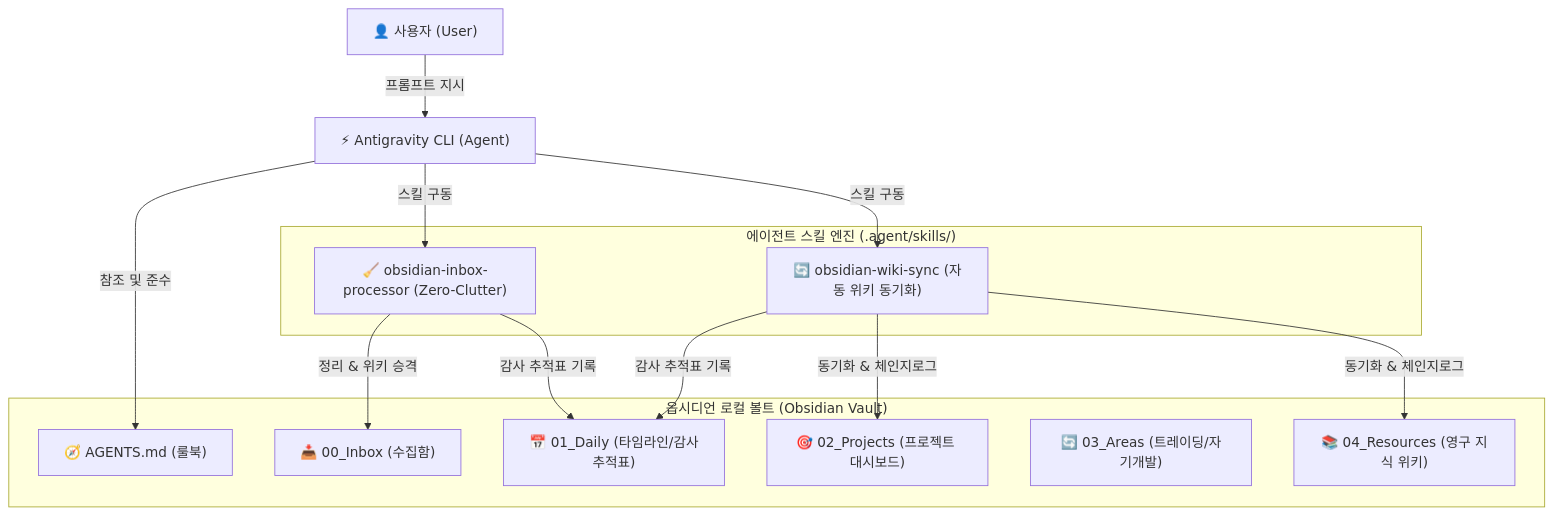
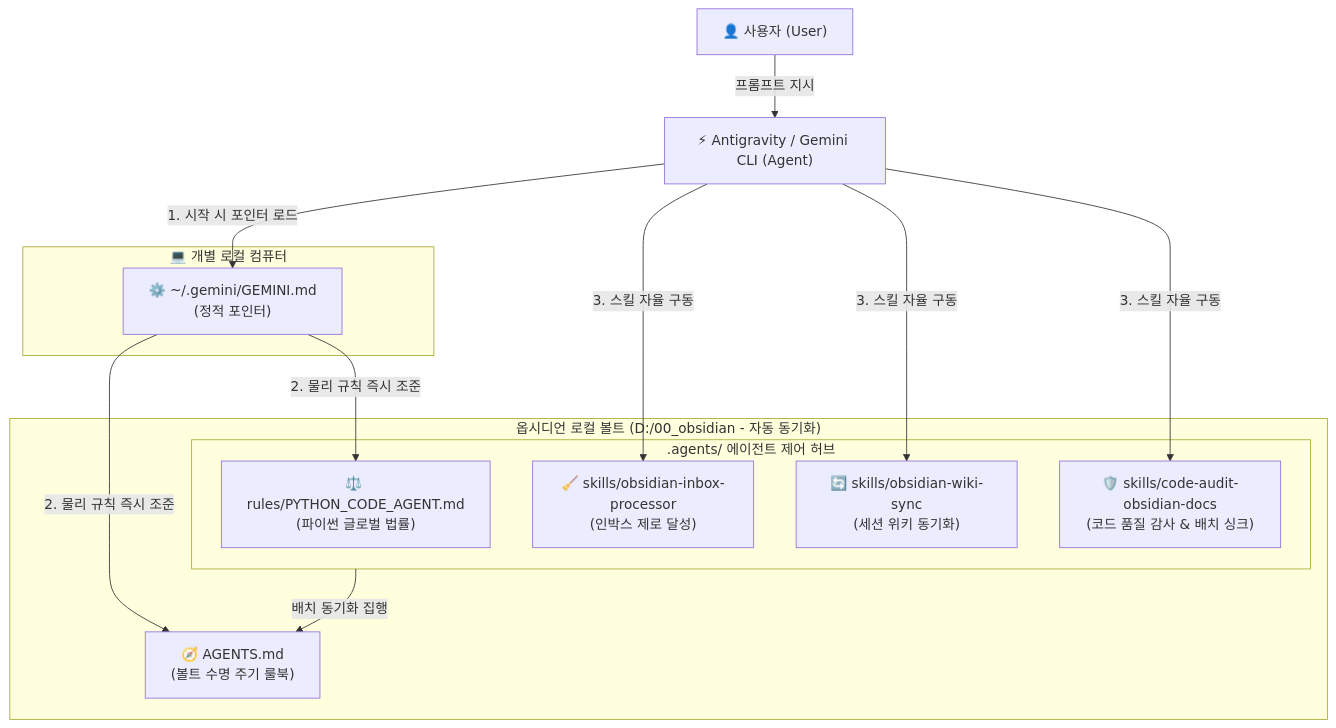
Before and after one commit to uunnooo/00_obsidian: the diagram in 04_Resources/90_AI_에이전트_시스템/00_AI_에이전트_시스템_통합_색인.md, drawn with Mermaid. The commit also changed other lines of this file and 9 other files, not shown here.

````diff
--- a/04_Resources/90_AI_에이전트_시스템/00_AI_에이전트_시스템_통합_색인.md
+++ b/04_Resources/90_AI_에이전트_시스템/00_AI_에이전트_시스템_통합_색인.md
@@ -30,26 +32,26 @@
 ```mermaid
 graph TD
     User["👤 사용자 (User)"]
-    AGY["⚡ Antigravity CLI (Agent)"]
+    AGY["⚡ Antigravity / Gemini CLI (Agent)"]
     
-    subgraph "옵시디언 로컬 볼트 (Obsidian Vault)"
-        Rule["🧭 AGENTS.md (룰북)"]
-        Inbox["📥 00_Inbox (수집함)"]
-        Daily["📅 01_Daily (타임라인/감사추적표)"]
-        Projects["🎯 02_Projects (프로젝트 대시보드)"]
-        Areas["🔄 03_Areas (트레이딩/자기개발)"]
-        Resources["📚 04_Resources (영구 지식 위키)"]
+    subgraph LocalPC ["💻 개별 로컬 컴퓨터"]
+        Pointer["⚙️ ~/.gemini/GEMINI.md<br/>(정적 포인터)"]
     end
 
-    subgraph "에이전트 스킬 엔진 (.agent/skills/)"
-        Skill1["🧹 obsidian-inbox-processor (Zero-Clutter)"]
-        Skill2["🔄 obsidian-wiki-sync (자동 위키 동기화)"]
+    subgraph "옵시디언 로컬 볼트 (D:/00_obsidian - 자동 동기화)"
+        Rule["🧭 AGENTS.md<br/>(볼트 수명 주기 룰북)"]
+        
+        subgraph CentralHub [".agents/ 에이전트 제어 허브"]
+            RulesPath["⚖️ rules/PYTHON_CODE_AGENT.md<br/>(파이썬 글로벌 법률)"]
+            Skill1["🧹 skills/obsidian-inbox-processor<br/>(인박스 제로 달성)"]
+            Skill2["🔄 skills/obsidian-wiki-sync<br/>(세션 위키 동기화)"]
+            Skill3["🛡️ skills/code-audit-obsidian-docs<br/>(코드 품질 감사 & 배치 싱크)"]
+        end
     end
 
     User -->|프롬프트 지시| AGY
-    AGY -->|참조 및 준수| Rule
-    AGY -->|스킬 구동| Skill1 & Skill2
-    Skill1 -->|정리 & 위키 승격| Inbox
-    Skill2 -->|동기화 & 체인지로그| Projects & Resources
-    Skill1 & Skill2 -->|감사 추적표 기록| Daily
+    AGY -->|1. 시작 시 포인터 로드| Pointer
+    Pointer -->|2. 물리 규칙 즉시 조준| RulesPath & Rule
+    AGY -->|3. 스킬 자율 구동| Skill1 & Skill2 & Skill3
+    CentralHub -->|배치 동기화 집행| Rule
 ```
````
